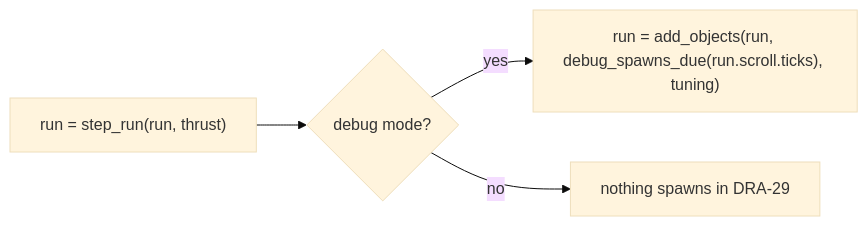
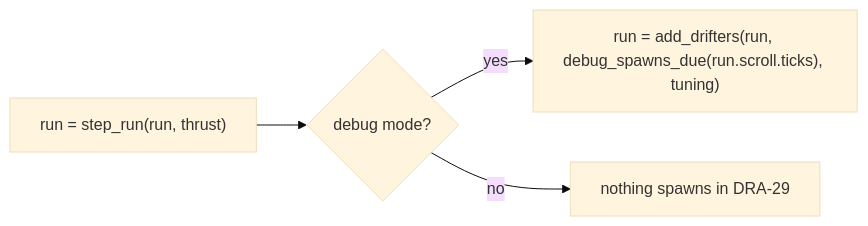
The third of 3 diagrams in docs/contracts/systems/run.md (david-mntl/driftward-ace), drawn with Mermaid (base theme) before and after one commit. The commit also changed other lines of this file and 68 other files, not shown here.

First line of the commit message:
refactor: rename objects to drifters across code, contracts and GDD

````diff
--- a/docs/contracts/systems/run.md
+++ b/docs/contracts/systems/run.md
@@ -77,6 +77,6 @@
 ```mermaid
 flowchart LR
   T["run = step_run(run, thrust)"] --> D{"debug mode?"}
-  D -- yes --> A["run = add_objects(run, debug_spawns_due(run.scroll.ticks), tuning)"]
+  D -- yes --> A["run = add_drifters(run, debug_spawns_due(run.scroll.ticks), tuning)"]
   D -- no --> X["nothing spawns in DRA-29"]
 ```
````
